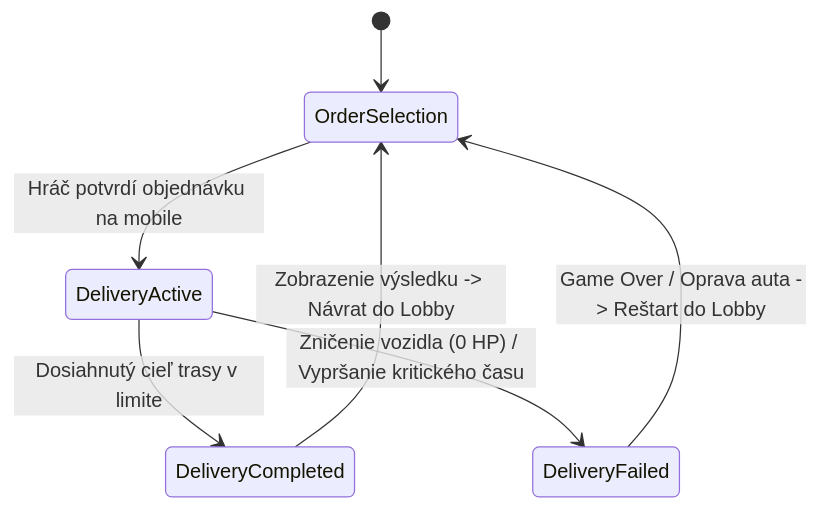
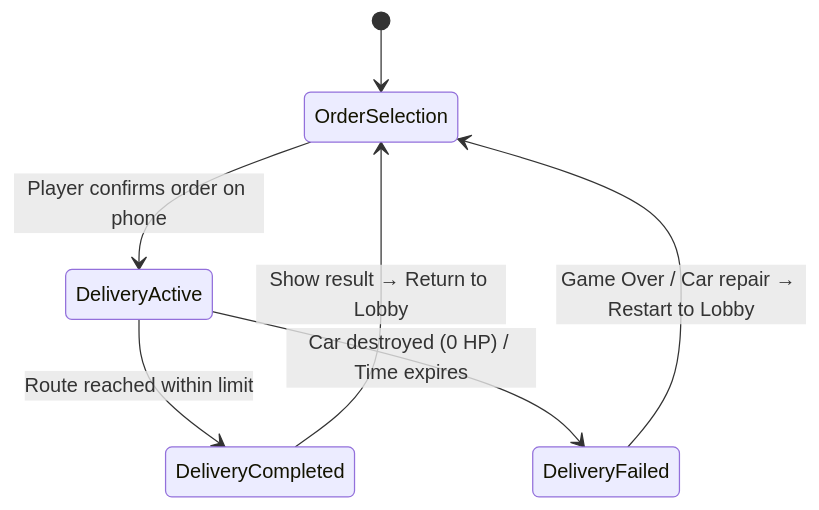
Before and after one commit to daaviid9/DoomDriver: the diagram in AGENTS.md, drawn with Mermaid. The commit also changed other lines of this file and 12 other files, not shown here.

````diff
--- a/AGENTS.md
+++ b/AGENTS.md
@@ -78,9 +77,9 @@
 ```mermaid
 stateDiagram-v2
     [*] --> OrderSelection
-    OrderSelection --> DeliveryActive : Hráč potvrdí objednávku na mobile
-    DeliveryActive --> DeliveryCompleted : Dosiahnutý cieľ trasy v limite
-    DeliveryActive --> DeliveryFailed : Zničenie vozidla (0 HP) / Vypršanie kritického času
-    DeliveryCompleted --> OrderSelection : Zobrazenie výsledku -> Návrat do Lobby
-    DeliveryFailed --> OrderSelection : Game Over / Oprava auta -> Reštart do Lobby
+    OrderSelection --> DeliveryActive : Player confirms order on phone
+    DeliveryActive --> DeliveryCompleted : Route reached within limit
+    DeliveryActive --> DeliveryFailed : Car destroyed (0 HP) / Time expires
+    DeliveryCompleted --> OrderSelection : Show result → Return to Lobby
+    DeliveryFailed --> OrderSelection : Game Over / Car repair → Restart to Lobby
 ```
````
